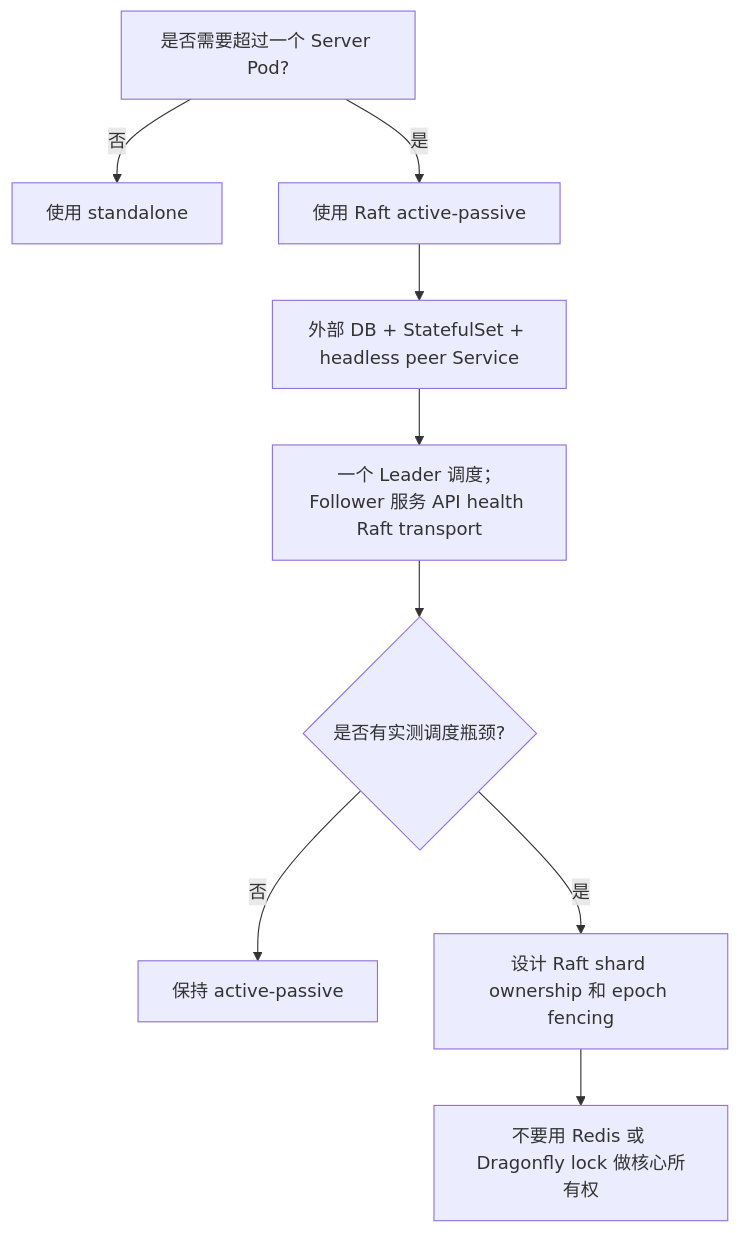
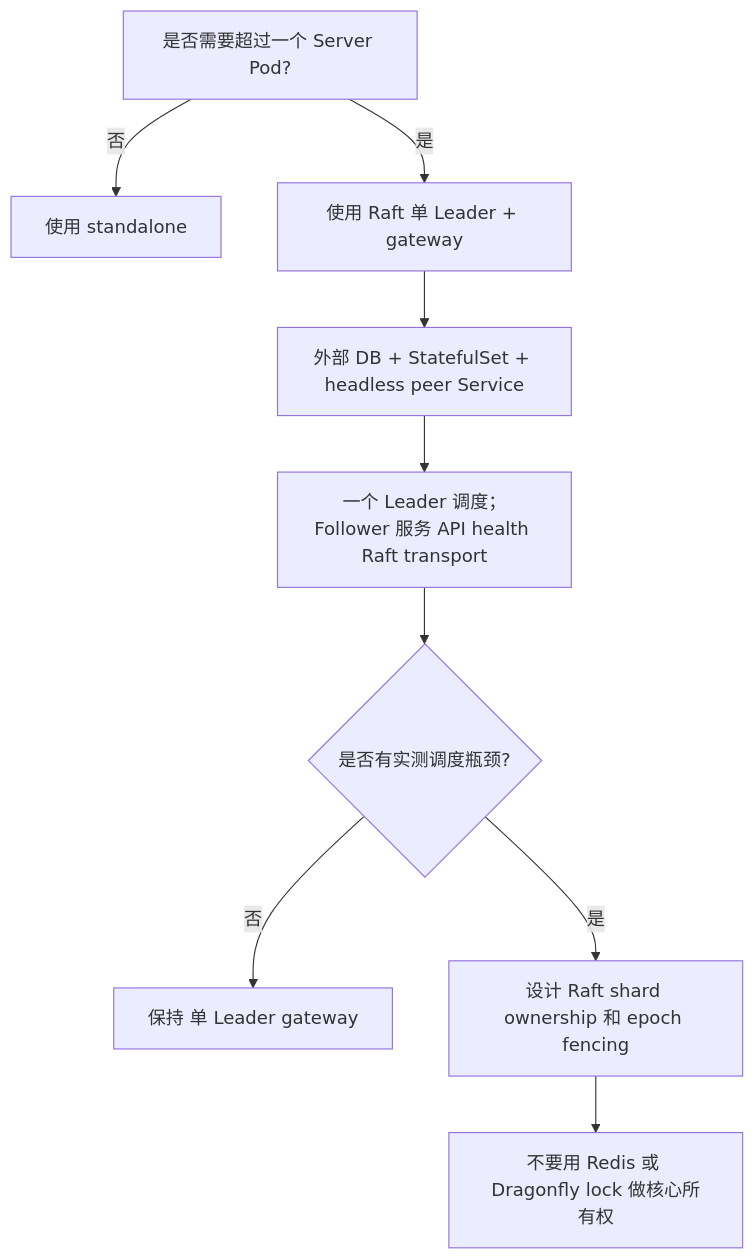
Before and after one commit to yhyzgn/tikeo: the third of 4 diagrams in docs/i18n/zh-CN/docusaurus-plugin-content-docs/current/deployment/server-ha.md, drawn with Mermaid. The commit also changed other lines of this file and 29 other files, not shown here.

````diff
--- a/docs/i18n/zh-CN/docusaurus-plugin-content-docs/current/deployment/server-ha.md
+++ b/docs/i18n/zh-CN/docusaurus-plugin-content-docs/current/deployment/server-ha.md
@@ -85,11 +85,11 @@
 ```mermaid
 flowchart TD
   A[是否需要超过一个 Server Pod?] -->|否| B[使用 standalone]
-  A -->|是| C[使用 Raft active-passive]
+  A -->|是| C[使用 Raft 单 Leader + gateway]
   C --> D[外部 DB + StatefulSet + headless peer Service]
   D --> E[一个 Leader 调度；Follower 服务 API health Raft transport]
   E --> F{是否有实测调度瓶颈?}
-  F -->|否| G[保持 active-passive]
+  F -->|否| G[保持 单 Leader gateway]
   F -->|是| H[设计 Raft shard ownership 和 epoch fencing]
   H --> I[不要用 Redis 或 Dragonfly lock 做核心所有权]
 ```
````
